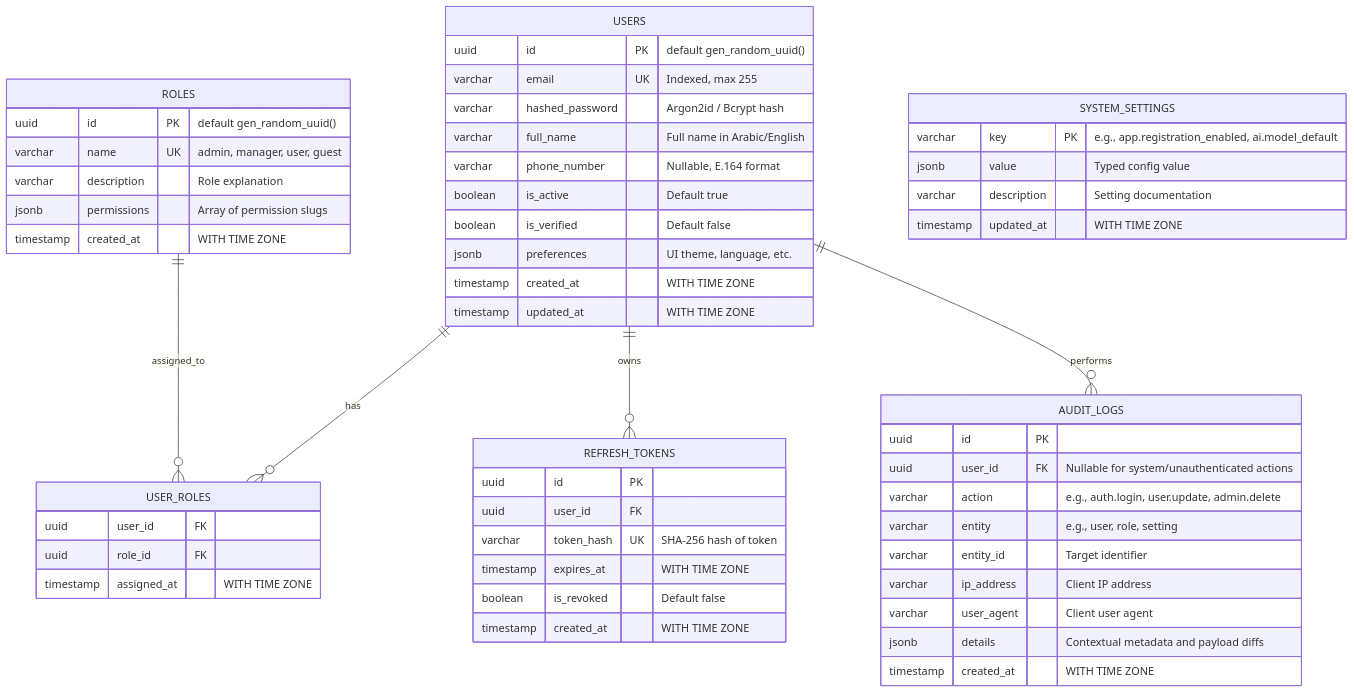
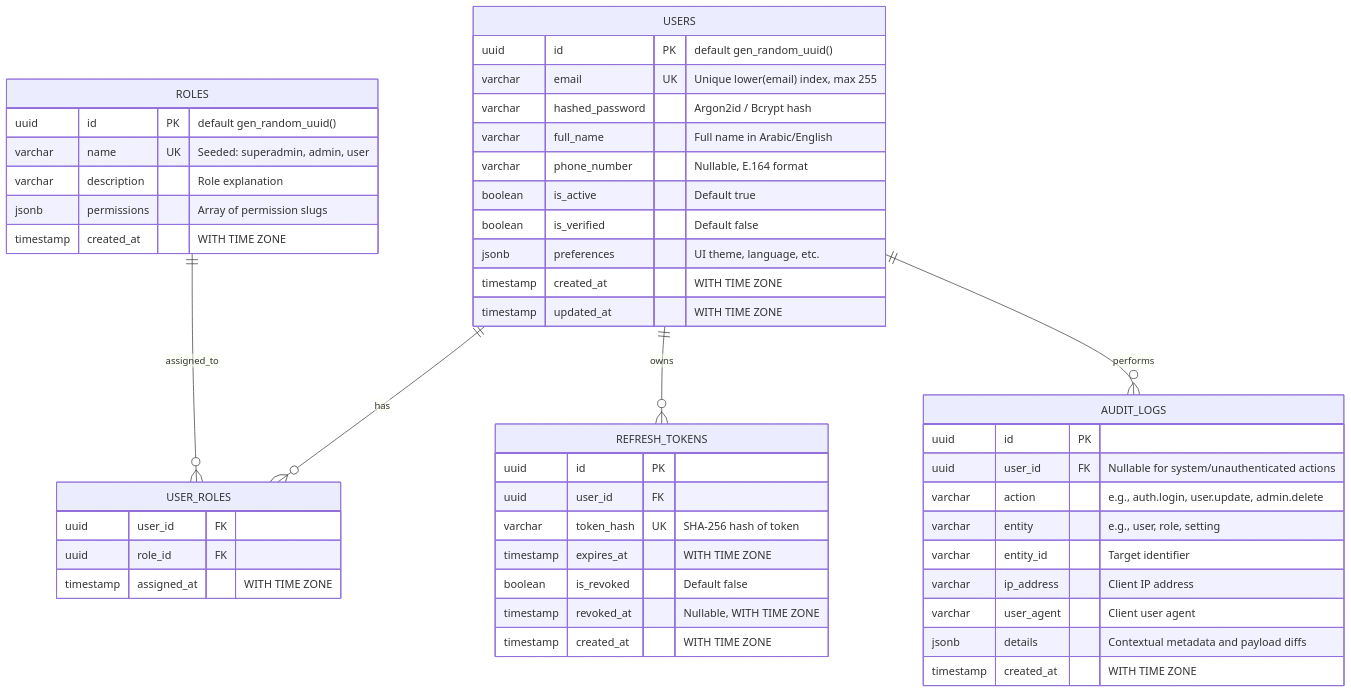
One commit to barry762vf/abdullah-dev-starter changed the diagram in docs/DATABASE_STRATEGY.md. Above: the diagram before and after it, drawn with Mermaid. The commit also changed other lines of this file and 26 other files, not shown here.

````diff
--- a/docs/DATABASE_STRATEGY.md
+++ b/docs/DATABASE_STRATEGY.md
@@ -26,62 +26,57 @@
 ```mermaid
 erDiagram
     USERS ||--o{ USER_ROLES : has
     ROLES ||--o{ USER_ROLES : assigned_to
     USERS ||--o{ REFRESH_TOKENS : owns
     USERS ||--o{ AUDIT_LOGS : performs
 
     USERS {
         uuid id PK "default gen_random_uuid()"
-        varchar email UK "Indexed, max 255"
+        varchar email UK "Unique lower(email) index, max 255"
         varchar hashed_password "Argon2id / Bcrypt hash"
         varchar full_name "Full name in Arabic/English"
         varchar phone_number "Nullable, E.164 format"
         boolean is_active "Default true"
         boolean is_verified "Default false"
         jsonb preferences "UI theme, language, etc."
         timestamp created_at "WITH TIME ZONE"
         timestamp updated_at "WITH TIME ZONE"
     }
 
     ROLES {
         uuid id PK "default gen_random_uuid()"
-        varchar name UK "admin, manager, user, guest"
+        varchar name UK "Seeded: superadmin, admin, user"
         varchar description "Role explanation"
         jsonb permissions "Array of permission slugs"
         timestamp created_at "WITH TIME ZONE"
     }
 
     USER_ROLES {
         uuid user_id FK
         uuid role_id FK
         timestamp assigned_at "WITH TIME ZONE"
     }
 
     REFRESH_TOKENS {
         uuid id PK
         uuid user_id FK
         varchar token_hash UK "SHA-256 hash of token"
         timestamp expires_at "WITH TIME ZONE"
         boolean is_revoked "Default false"
+        timestamp revoked_at "Nullable, WITH TIME ZONE"
         timestamp created_at "WITH TIME ZONE"
     }
 
     AUDIT_LOGS {
         uuid id PK
         uuid user_id FK "Nullable for system/unauthenticated actions"
         varchar action "e.g., auth.login, user.update, admin.delete"
         varchar entity "e.g., user, role, setting"
         varchar entity_id "Target identifier"
         varchar ip_address "Client IP address"
         varchar user_agent "Client user agent"
         jsonb details "Contextual metadata and payload diffs"
         timestamp created_at "WITH TIME ZONE"
     }
 
-    SYSTEM_SETTINGS {
-        varchar key PK "e.g., app.registration_enabled, ai.model_default"
-        jsonb value "Typed config value"
-        varchar description "Setting documentation"
-        timestamp updated_at "WITH TIME ZONE"
-    }
 ```
````
